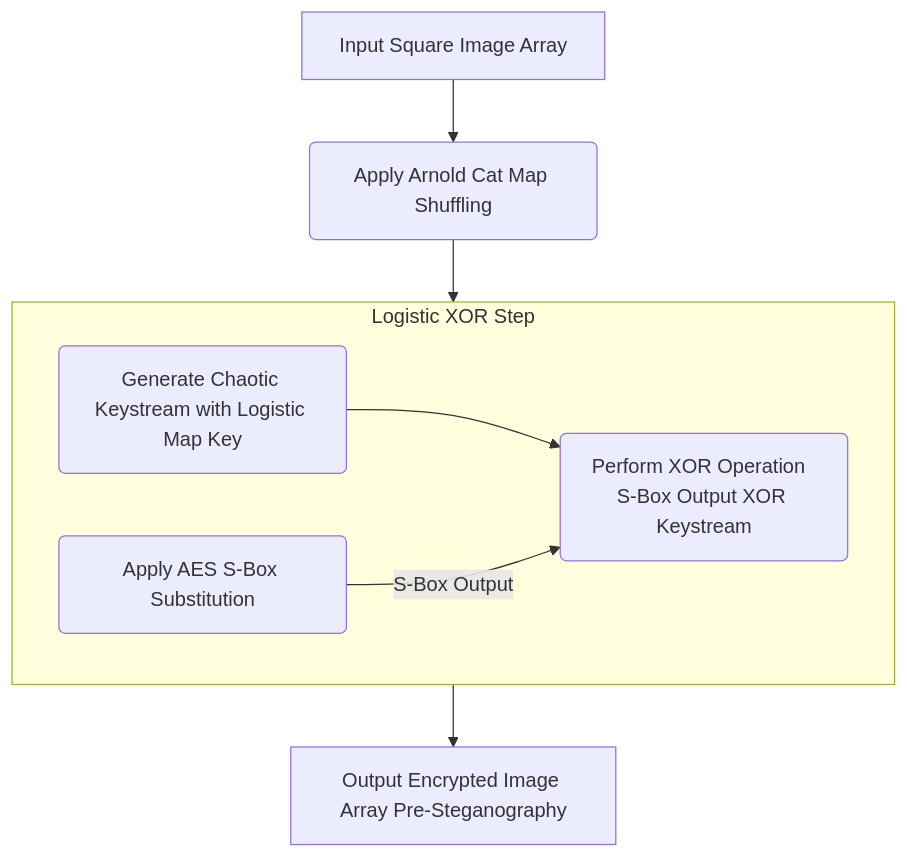
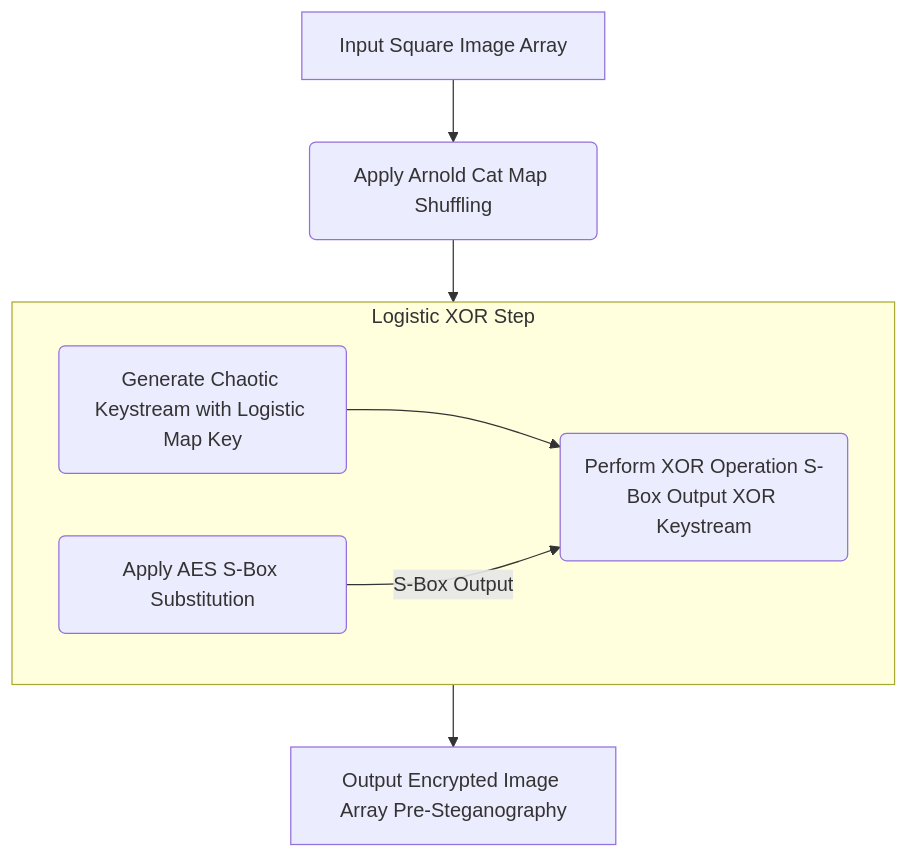
The second of 3 diagrams in README.md (mintnchocochip/Image-Compression-and-Encryption-Pipeline), drawn with Mermaid before and after one commit.

````diff
--- a/README.md
+++ b/README.md
@@ -315,12 +315,11 @@
 ```mermaid
 flowchart TD  
 P[Input Square Image Array] --> Q(Apply Arnold Cat Map Shuffling);  
 Q --> T(Apply AES S-Box Substitution);  
 subgraph Logistic XOR Step  
 direction LR  
 R(Generate Chaotic Keystream with Logistic Map Key) --> S;  
-T -- S-Box Output --> S(Perform XOR Operation  
-S-Box Output XOR Keystream);  
+T -- S-Box Output --> S(Perform XOR Operation S-Box Output XOR Keystream);  
 end  
 S --> U[Output Encrypted Image Array Pre-Steganography];
 ```
````
